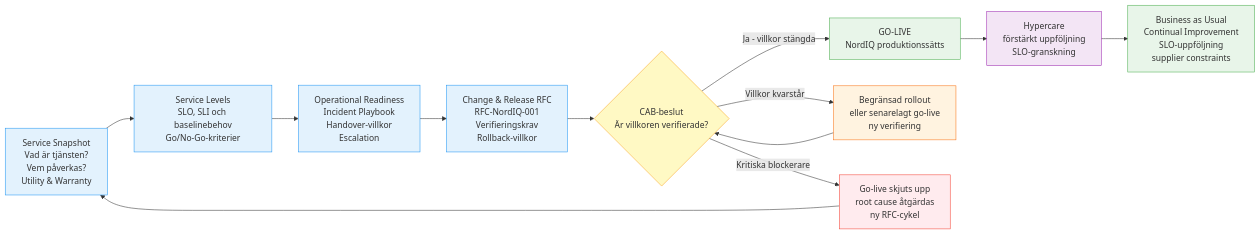
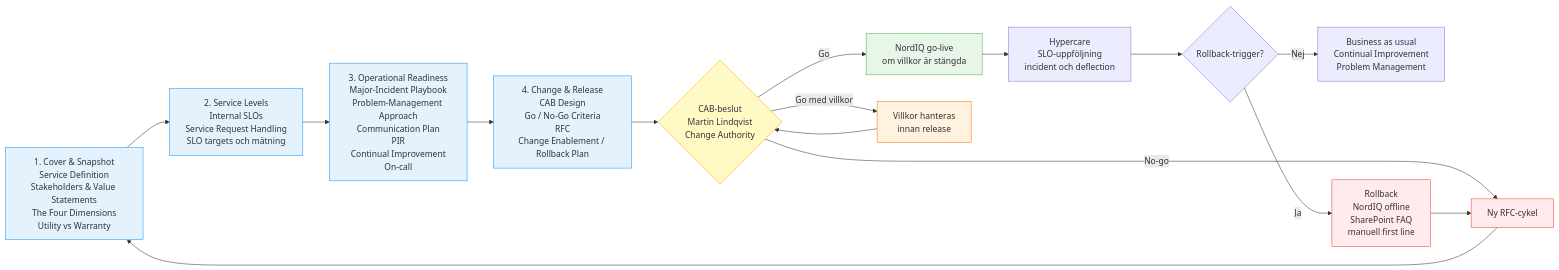
One commit to itsimonfredlingjack/NordIQ changed the first of 3 diagrams in README.md. Above: the diagram before and after it, drawn with Mermaid. The commit also changed other lines of this file and 21 other files, not shown here.

````diff
--- a/README.md
+++ b/README.md
@@ -48,28 +67,35 @@
 ```mermaid
 flowchart LR
-    A[Service Snapshot<br/>Vad är tjänsten?<br/>Vem påverkas?<br/>Utility & Warranty] --> B
-    B[Service Levels<br/>SLO, SLI och baselinebehov<br/>Go/No-Go-kriterier] --> C
-    C[Operational Readiness<br/>Incident Playbook<br/>Handover-villkor<br/>Escalation] --> D
-    D[Change & Release RFC<br/>RFC-NordIQ-001<br/>Verifieringskrav<br/>Rollback-villkor] --> E
-    E{CAB-beslut<br/>Är villkoren verifierade?}
+    A[1. Cover & Snapshot<br/>Service Definition<br/>Stakeholders & Value Statements<br/>The Four Dimensions<br/>Utility vs Warranty] --> B
 
-    E -->|Ja - villkor stängda| F[GO-LIVE<br/>NordIQ produktionssätts]
-    E -->|Villkor kvarstår| G[Begränsad rollout<br/>eller senarelagt go-live<br/>ny verifiering]
-    E -->|Kritiska blockerare| H[Go-live skjuts upp<br/>root cause åtgärdas<br/>ny RFC-cykel]
+    B[2. Service Levels<br/>Internal SLOs<br/>Service Request Handling<br/>SLO targets och mätning] --> C
 
+    C[3. Operational Readiness<br/>Major-Incident Playbook<br/>Problem-Management Approach<br/>Communication Plan<br/>PIR<br/>Continual Improvement<br/>On-call] --> D
+
+    D[4. Change & Release<br/>CAB Design<br/>Go / No-Go Criteria<br/>RFC<br/>Change Enablement / Rollback Plan] --> E
+
+    E{CAB-beslut<br/>Martin Lindqvist<br/>Change Authority}
+
+    E -->|Go| F[NordIQ go-live<br/>om villkor är stängda]
+    E -->|Go med villkor| G[Villkor hanteras<br/>innan release]
+    E -->|No-go| H[Ny RFC-cykel]
+
+    F --> I[Hypercare<br/>SLO-uppföljning<br/>incident och deflection]
     G --> E
     H --> A
-    F --> I[Hypercare<br/>förstärkt uppföljning<br/>SLO-granskning]
-    I --> J[Business as Usual<br/>Continual Improvement<br/>SLO-uppföljning<br/>supplier constraints]
+
+    I --> J{Rollback-trigger?}
+    J -->|Nej| K[Business as usual<br/>Continual Improvement<br/>Problem Management]
+    J -->|Ja| L[Rollback<br/>NordIQ offline<br/>SharePoint FAQ<br/>manuell first line]
+    L --> H
 
     style A fill:#e3f2fd,stroke:#2196F3
     style B fill:#e3f2fd,stroke:#2196F3
     style C fill:#e3f2fd,stroke:#2196F3
     style D fill:#e3f2fd,stroke:#2196F3
     style E fill:#fff9c4,stroke:#F9A825
     style F fill:#e8f5e9,stroke:#4CAF50
     style G fill:#fff3e0,stroke:#F97316
     style H fill:#ffebee,stroke:#F44336
-    style I fill:#f3e5f5,stroke:#9C27B0
-    style J fill:#e8f5e9,stroke:#4CAF50
+    style L fill:#ffebee,stroke:#F44336
 ```
````
